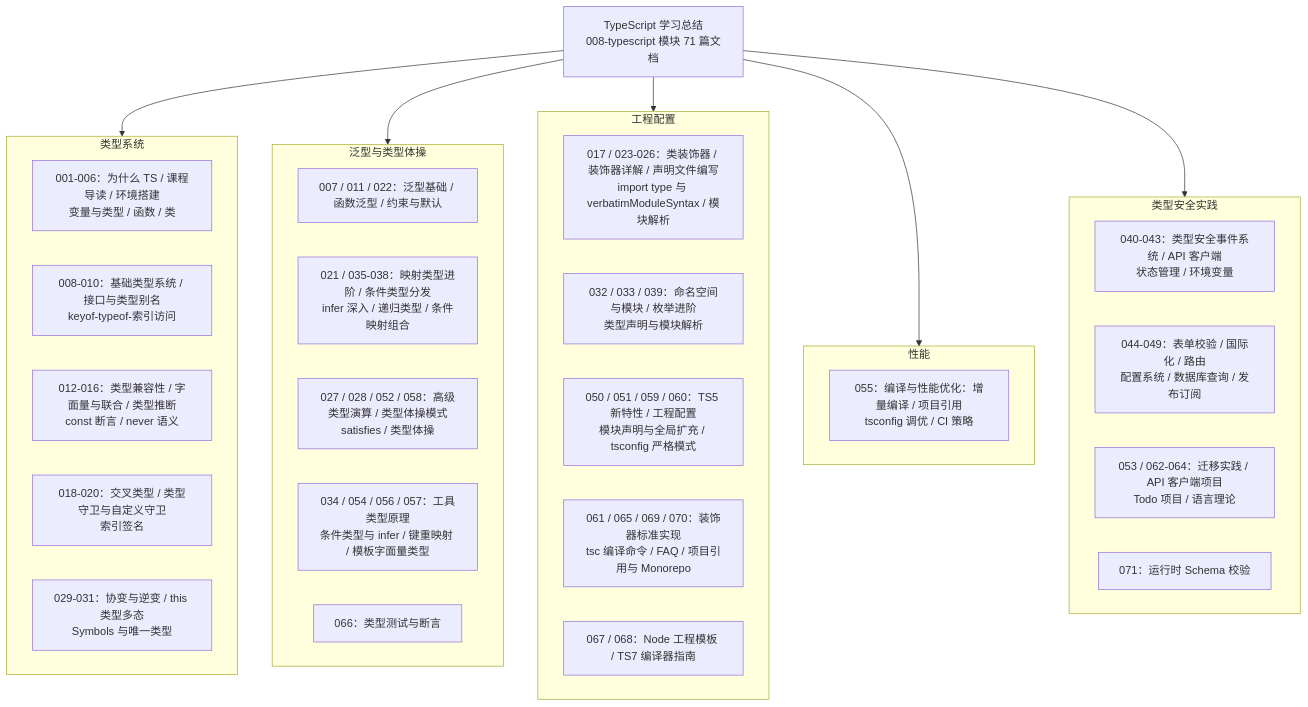
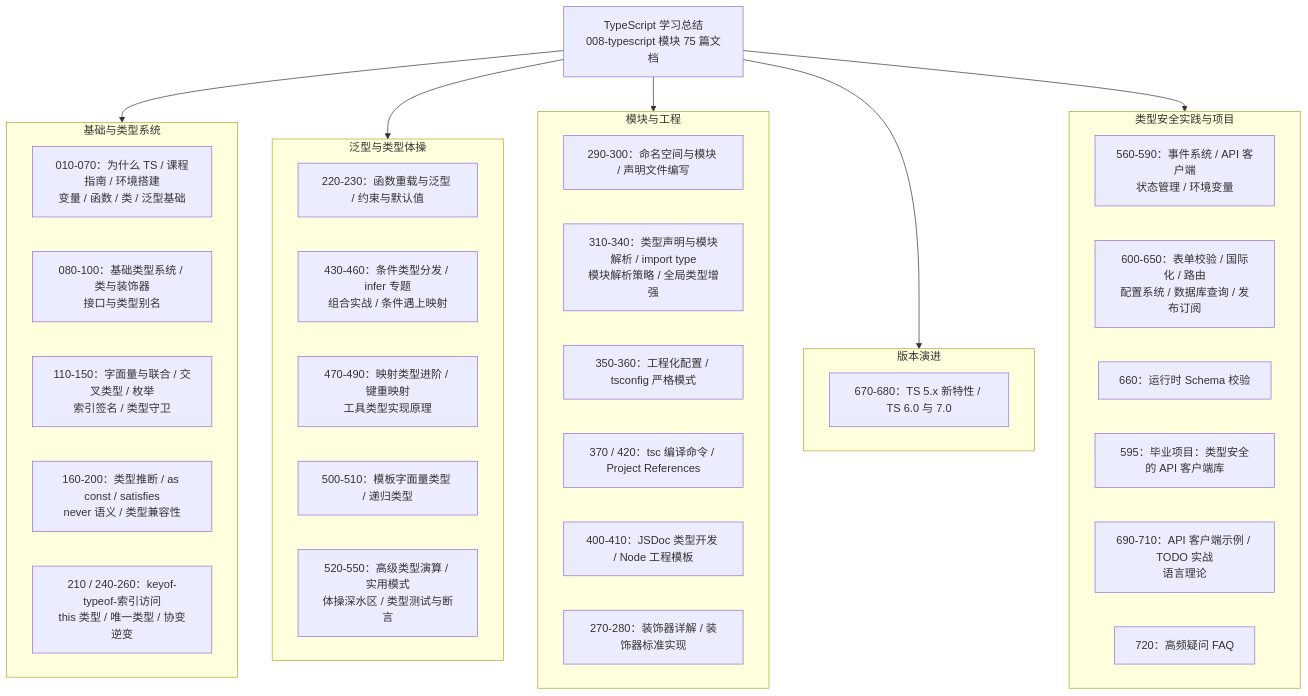
The diagram in cnt-content/full/008-typescript/730-TypeScriptLearningSummary.md (fanquanpp/FANDEX), drawn with Mermaid before and after one commit. The commit also changed other lines of this file and 95 other files, not shown here.

````diff
--- a/cnt-content/full/008-typescript/730-TypeScriptLearningSummary.md
+++ b/cnt-content/full/008-typescript/730-TypeScriptLearningSummary.md
@@ -36,45 +36,48 @@
 ```mermaid
 flowchart TD
-    ROOT["TypeScript 学习总结<br/>008-typescript 模块 71 篇文档"]
+    ROOT["TypeScript 学习总结<br/>008-typescript 模块 75 篇文档"]
 
-    subgraph G1["类型系统"]
-        D1["001-006：为什么 TS / 课程导读 / 环境搭建<br/>变量与类型 / 函数 / 类"]
-        D2["008-010：基础类型系统 / 接口与类型别名<br/>keyof-typeof-索引访问"]
-        D3["012-016：类型兼容性 / 字面量与联合 / 类型推断<br/>const 断言 / never 语义"]
-        D4["018-020：交叉类型 / 类型守卫与自定义守卫<br/>索引签名"]
-        D5["029-031：协变与逆变 / this 类型多态<br/>Symbols 与唯一类型"]
+    subgraph G1["基础与类型系统"]
+        D1["010-070：为什么 TS / 课程指南 / 环境搭建<br/>变量 / 函数 / 类 / 泛型基础"]
+        D2["080-100：基础类型系统 / 类与装饰器<br/>接口与类型别名"]
+        D3["110-150：字面量与联合 / 交叉类型 / 枚举<br/>索引签名 / 类型守卫"]
+        D4["160-200：类型推断 / as const / satisfies<br/>never 语义 / 类型兼容性"]
+        D5["210 / 240-260：keyof-typeof-索引访问<br/>this 类型 / 唯一类型 / 协变逆变"]
     end
 
     subgraph G2["泛型与类型体操"]
-        D6["007 / 011 / 022：泛型基础 / 函数泛型 / 约束与默认"]
-        D7["021 / 035-038：映射类型进阶 / 条件类型分发<br/>infer 深入 / 递归类型 / 条件映射组合"]
-        D8["027 / 028 / 052 / 058：高级类型演算 / 类型体操模式<br/>satisfies / 类型体操"]
-        D9["034 / 054 / 056 / 057：工具类型原理<br/>条件类型与 infer / 键重映射 / 模板字面量类型"]
-        D10["066：类型测试与断言"]
+        D6["220-230：函数重载与泛型 / 约束与默认值"]
+        D7["430-460：条件类型分发 / infer 专题<br/>组合实战 / 条件遇上映射"]
+        D8["470-490：映射类型进阶 / 键重映射<br/>工具类型实现原理"]
+        D9["500-510：模板字面量类型 / 递归类型"]
+        D10["520-550：高级类型演算 / 实用模式<br/>体操深水区 / 类型测试与断言"]
     end
 
-    subgraph G3["工程配置"]
-        D11["017 / 023-026：类装饰器 / 装饰器详解 / 声明文件编写<br/>import type 与 verbatimModuleSyntax / 模块解析"]
-        D12["032 / 033 / 039：命名空间与模块 / 枚举进阶<br/>类型声明与模块解析"]
-        D13["050 / 051 / 059 / 060：TS5 新特性 / 工程配置<br/>模块声明与全局扩充 / tsconfig 严格模式"]
-        D14["061 / 065 / 069 / 070：装饰器标准实现<br/>tsc 编译命令 / FAQ / 项目引用与 Monorepo"]
-        D15["067 / 068：Node 工程模板 / TS7 编译器指南"]
+    subgraph G3["模块与工程"]
+        D11["290-300：命名空间与模块 / 声明文件编写"]
+        D12["310-340：类型声明与模块解析 / import type<br/>模块解析策略 / 全局类型增强"]
+        D13["350-360：工程化配置 / tsconfig 严格模式"]
+        D14["370 / 420：tsc 编译命令 / Project References"]
+        D15["400-410：JSDoc 类型开发 / Node 工程模板"]
+        D16["270-280：装饰器详解 / 装饰器标准实现"]
     end
 
-    subgraph G4["性能"]
-        D16["055：编译与性能优化：增量编译 / 项目引用<br/>tsconfig 调优 / CI 策略"]
+    subgraph G4["版本演进"]
+        D17["670-680：TS 5.x 新特性 / TS 6.0 与 7.0"]
     end
 
-    subgraph G5["类型安全实践"]
-        D17["040-043：类型安全事件系统 / API 客户端<br/>状态管理 / 环境变量"]
-        D18["044-049：表单校验 / 国际化 / 路由<br/>配置系统 / 数据库查询 / 发布订阅"]
-        D19["053 / 062-064：迁移实践 / API 客户端项目<br/>Todo 项目 / 语言理论"]
-        D20["071：运行时 Schema 校验"]
+    subgraph G5["类型安全实践与项目"]
+        D18["560-590：事件系统 / API 客户端<br/>状态管理 / 环境变量"]
+        D19["600-650：表单校验 / 国际化 / 路由<br/>配置系统 / 数据库查询 / 发布订阅"]
+        D20["660：运行时 Schema 校验"]
+        D21["595：毕业项目：类型安全的 API 客户端库"]
+        D22["690-710：API 客户端示例 / TODO 实战<br/>语言理论"]
+        D23["720：高频疑问 FAQ"]
     end
 
     ROOT --> G1
     ROOT --> G2
     ROOT --> G3
     ROOT --> G4
     ROOT --> G5
 ```
````
